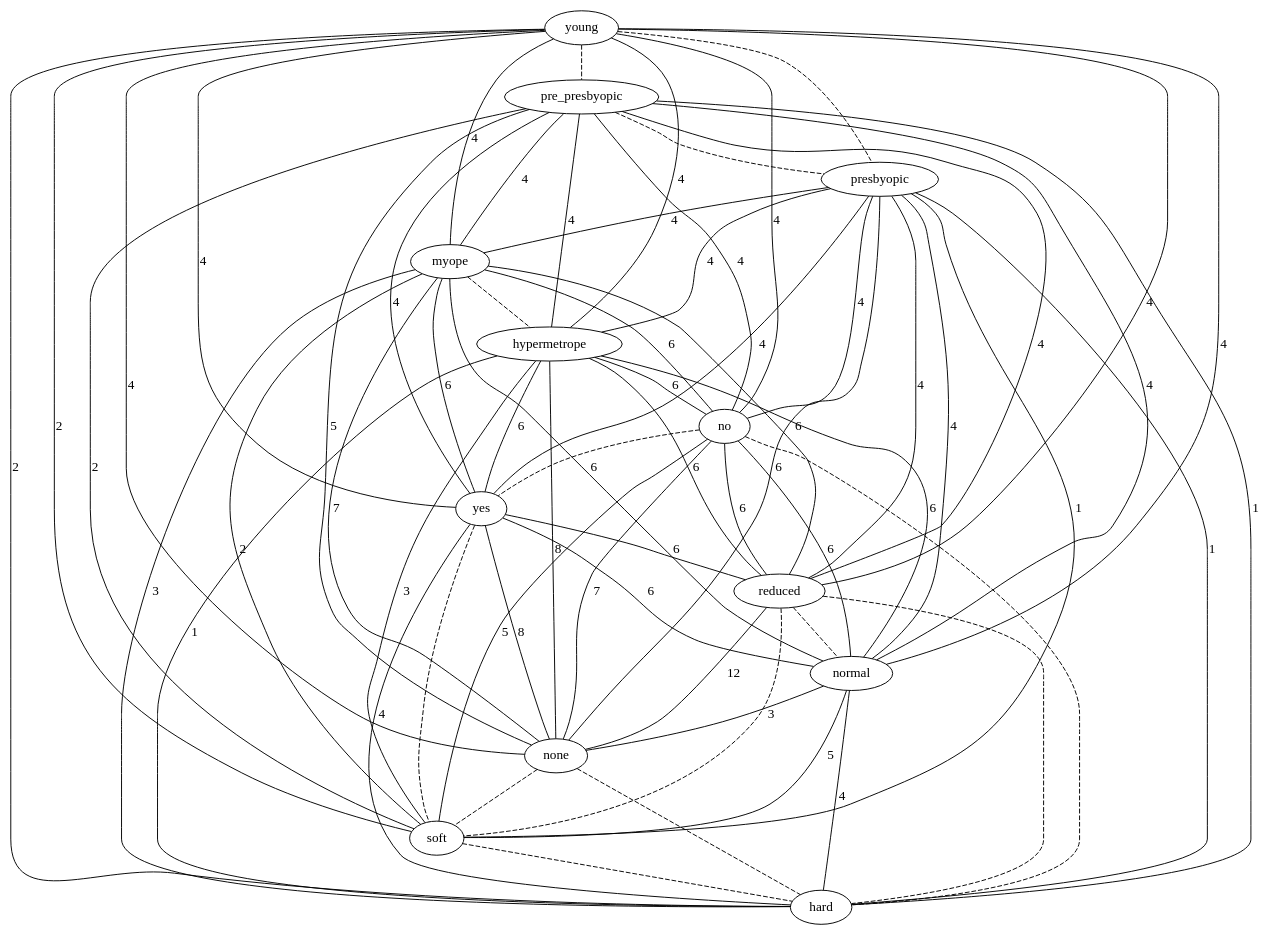
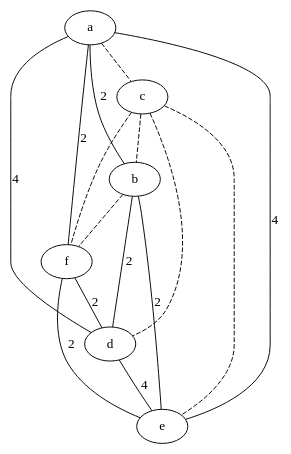
The diagram in src/final/plainGraph.dot (lrodrin/TFG), drawn with Graphviz before and after one commit. The commit also changed 8 other files, not shown here.

Commit message:
ja no es crida a graphviz si el graph té més de 15 nodes

```diff
--- a/src/final/plainGraph.dot
+++ b/src/final/plainGraph.dot
@@ -1,80 +1,23 @@
 strict graph "" {
-young;
-pre_presbyopic;
-presbyopic;
-myope;
-hypermetrope;
-no;
-yes;
-reduced;
-normal;
-none;
-soft;
-hard;
-young -- pre_presbyopic  [color=black, style=dashed];
-young -- presbyopic  [color=black, style=dashed];
-young -- myope  [color=black, label=4, style=solid];
-young -- hypermetrope  [color=black, label=4, style=solid];
-young -- no  [color=black, label=4, style=solid];
-young -- yes  [color=black, label=4, style=solid];
-young -- reduced  [color=black, label=4, style=solid];
-young -- normal  [color=black, label=4, style=solid];
-young -- none  [color=black, label=4, style=solid];
-young -- soft  [color=black, label=2, style=solid];
-young -- hard  [color=black, label=2, style=solid];
-pre_presbyopic -- presbyopic  [color=black, style=dashed];
-pre_presbyopic -- myope  [color=black, label=4, style=solid];
-pre_presbyopic -- hypermetrope  [color=black, label=4, style=solid];
-pre_presbyopic -- no  [color=black, label=4, style=solid];
-pre_presbyopic -- yes  [color=black, label=4, style=solid];
-pre_presbyopic -- reduced  [color=black, label=4, style=solid];
-pre_presbyopic -- normal  [color=black, label=4, style=solid];
-pre_presbyopic -- none  [color=black, label=5, style=solid];
-pre_presbyopic -- soft  [color=black, label=2, style=solid];
-pre_presbyopic -- hard  [color=black, label=1, style=solid];
-presbyopic -- myope  [color=black, label=4, style=solid];
-presbyopic -- hypermetrope  [color=black, label=4, style=solid];
-presbyopic -- no  [color=black, label=4, style=solid];
-presbyopic -- yes  [color=black, label=4, style=solid];
-presbyopic -- reduced  [color=black, label=4, style=solid];
-presbyopic -- normal  [color=black, label=4, style=solid];
-presbyopic -- none  [color=black, label=6, style=solid];
-presbyopic -- soft  [color=black, label=1, style=solid];
-presbyopic -- hard  [color=black, label=1, style=solid];
-myope -- hypermetrope  [color=black, style=dashed];
-myope -- no  [color=black, label=6, style=solid];
-myope -- yes  [color=black, label=6, style=solid];
-myope -- reduced  [color=black, label=6, style=solid];
-myope -- normal  [color=black, label=6, style=solid];
-myope -- none  [color=black, label=7, style=solid];
-myope -- soft  [color=black, label=2, style=solid];
-myope -- hard  [color=black, label=3, style=solid];
-hypermetrope -- no  [color=black, label=6, style=solid];
-hypermetrope -- yes  [color=black, label=6, style=solid];
-hypermetrope -- reduced  [color=black, label=6, style=solid];
-hypermetrope -- normal  [color=black, label=6, style=solid];
-hypermetrope -- none  [color=black, label=8, style=solid];
-hypermetrope -- soft  [color=black, label=3, style=solid];
-hypermetrope -- hard  [color=black, label=1, style=solid];
-no -- yes  [color=black, style=dashed];
-no -- reduced  [color=black, label=6, style=solid];
-no -- normal  [color=black, label=6, style=solid];
-no -- none  [color=black, label=7, style=solid];
-no -- soft  [color=black, label=5, style=solid];
-no -- hard  [color=black, style=dashed];
-yes -- reduced  [color=black, label=6, style=solid];
-yes -- normal  [color=black, label=6, style=solid];
-yes -- none  [color=black, label=8, style=solid];
-yes -- soft  [color=black, style=dashed];
-yes -- hard  [color=black, label=4, style=solid];
-reduced -- normal  [color=black, style=dashed];
-reduced -- none  [color=black, label=12, style=solid];
-reduced -- soft  [color=black, style=dashed];
-reduced -- hard  [color=black, style=dashed];
-normal -- none  [color=black, label=3, style=solid];
-normal -- soft  [color=black, label=5, style=solid];
-normal -- hard  [color=black, label=4, style=solid];
-none -- soft  [color=black, style=dashed];
-none -- hard  [color=black, style=dashed];
-soft -- hard  [color=black, style=dashed];
+a;
+c;
+b;
+f;
+d;
+e;
+a -- c  [color=black, style=dashed];
+a -- b  [color=black, label=2, style=solid];
+a -- f  [color=black, label=2, style=solid];
+a -- d  [color=black, label=4, style=solid];
+a -- e  [color=black, label=4, style=solid];
+c -- b  [color=black, style=dashed];
+c -- f  [color=black, style=dashed];
+c -- d  [color=black, style=dashed];
+c -- e  [color=black, style=dashed];
+b -- f  [color=black, style=dashed];
+b -- d  [color=black, label=2, style=solid];
+b -- e  [color=black, label=2, style=solid];
+f -- d  [color=black, label=2, style=solid];
+f -- e  [color=black, label=2, style=solid];
+d -- e  [color=black, label=4, style=solid];
 }
```
